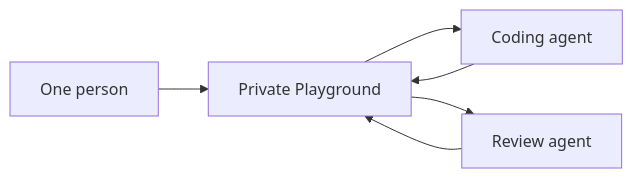
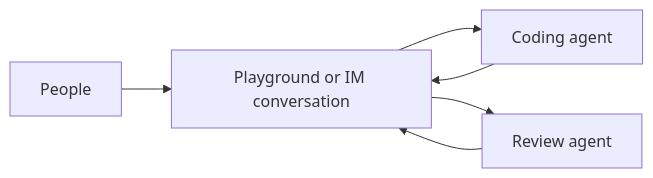
Before and after one commit to agentconnect-md/docs: the second of 6 diagrams in docs/Build Your Team/Agents/multi-agent-work-modes.md, drawn with Mermaid. The commit also changed other lines of this file and 10 other files, not shown here.

````diff
--- a/docs/Build Your Team/Agents/multi-agent-work-modes.md
+++ b/docs/Build Your Team/Agents/multi-agent-work-modes.md
@@ -41,8 +41,8 @@
 ```mermaid
 flowchart LR
-  Person["One person"] --> Conversation["Private Playground"]
+  Person["People"] --> Conversation["Playground or IM conversation"]
   Conversation --> Coding["Coding agent"]
   Conversation --> Review["Review agent"]
   Coding --> Conversation
   Review --> Conversation
 ```
````
